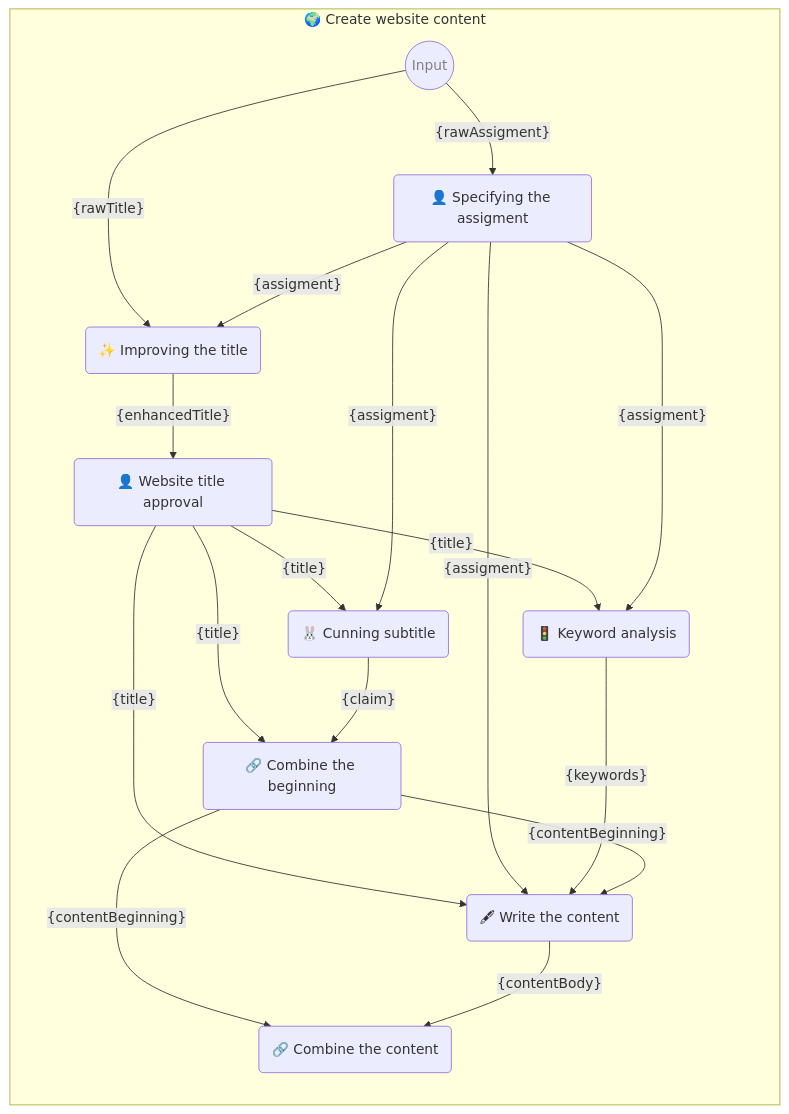
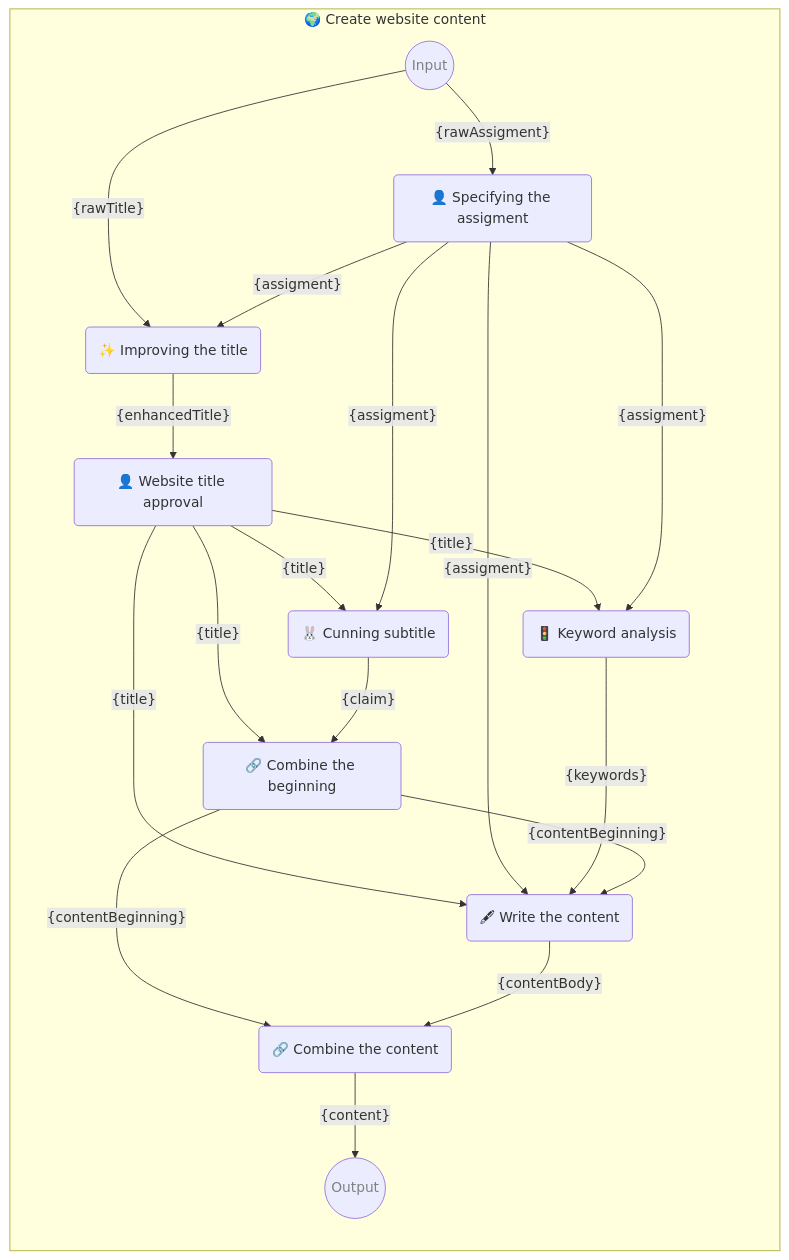
Before and after one commit to webgptorg/promptbook: the diagram in samples/templates/write-website-content.ptbk.md, drawn with Mermaid. The commit also changed 43 other files, not shown here.

````diff
--- a/samples/templates/write-website-content.ptbk.md
+++ b/samples/templates/write-website-content.ptbk.md
@@ -14,38 +14,42 @@
 ```mermaid
 %% 🔮 Tip: Open this on GitHub or in the VSCode website to see the Mermaid graph visually
 
 flowchart LR
   subgraph "🌍 Create website content"
 
       direction TB
 
       input((Input)):::input
       templateSpecifyingTheAssigment(👤 Specifying the assigment)
       input--"{rawAssigment}"-->templateSpecifyingTheAssigment
       templateImprovingTheTitle(✨ Improving the title)
       input--"{rawTitle}"-->templateImprovingTheTitle
       templateSpecifyingTheAssigment--"{assigment}"-->templateImprovingTheTitle
       templateWebsiteTitleApproval(👤 Website title approval)
       templateImprovingTheTitle--"{enhancedTitle}"-->templateWebsiteTitleApproval
       templateCunningSubtitle(🐰 Cunning subtitle)
       templateWebsiteTitleApproval--"{title}"-->templateCunningSubtitle
       templateSpecifyingTheAssigment--"{assigment}"-->templateCunningSubtitle
       templateKeywordAnalysis(🚦 Keyword analysis)
       templateWebsiteTitleApproval--"{title}"-->templateKeywordAnalysis
       templateSpecifyingTheAssigment--"{assigment}"-->templateKeywordAnalysis
       templateCombineTheBeginning(🔗 Combine the beginning)
       templateWebsiteTitleApproval--"{title}"-->templateCombineTheBeginning
       templateCunningSubtitle--"{claim}"-->templateCombineTheBeginning
       templateWriteTheContent(🖋 Write the content)
       templateWebsiteTitleApproval--"{title}"-->templateWriteTheContent
       templateSpecifyingTheAssigment--"{assigment}"-->templateWriteTheContent
       templateKeywordAnalysis--"{keywords}"-->templateWriteTheContent
       templateCombineTheBeginning--"{contentBeginning}"-->templateWriteTheContent
       templateCombineTheContent(🔗 Combine the content)
       templateCombineTheBeginning--"{contentBeginning}"-->templateCombineTheContent
       templateWriteTheContent--"{contentBody}"-->templateCombineTheContent
 
+      templateCombineTheContent--"{content}"-->output
+      output((Output)):::output
+
       classDef input color: grey;
+      classDef output color: grey;
 
   end;
 ```
````
